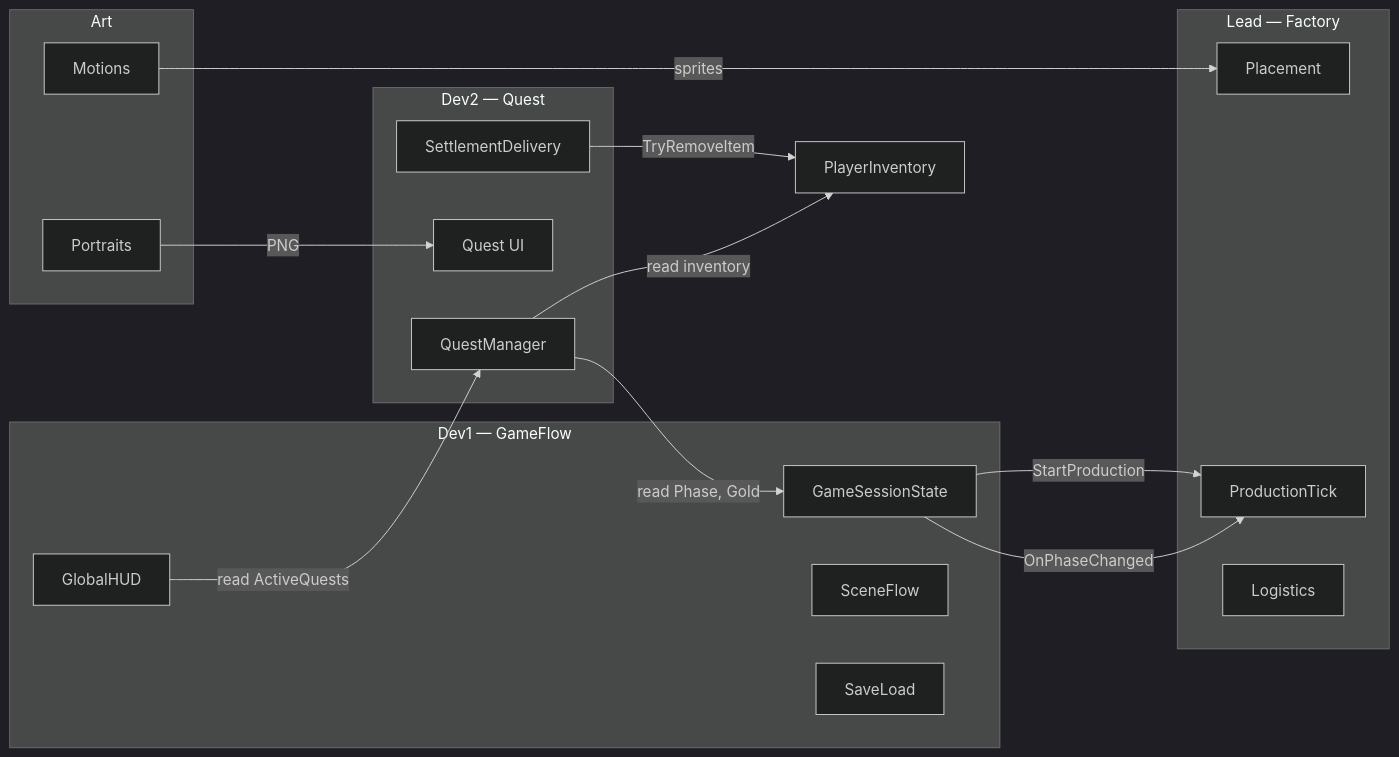
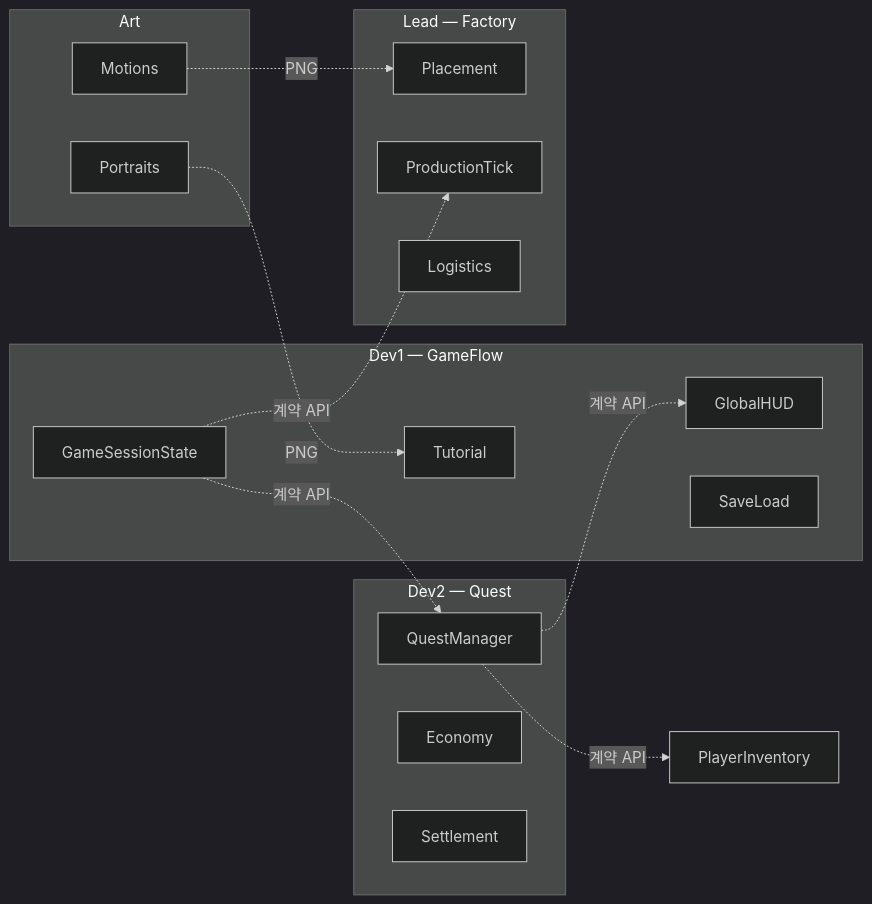
The first of 5 diagrams in Docs/dev-plan/parallel-roadmap.md (BARIbrother/DungeonFront), drawn with Mermaid (dark theme) before and after one commit. The commit also changed other lines of this file and 82 other files, not shown here.

````diff
--- a/Docs/dev-plan/parallel-roadmap.md
+++ b/Docs/dev-plan/parallel-roadmap.md
@@ -35,35 +19,33 @@
 ```mermaid
 flowchart LR
     subgraph Dev1["Dev1 — GameFlow"]
         GSS[GameSessionState]
         HUD[GlobalHUD]
-        SCN[SceneFlow]
         SAV[SaveLoad]
+        TUT[Tutorial]
     end
 
     subgraph Dev2["Dev2 — Quest"]
         QM[QuestManager]
-        QUI[Quest UI]
-        SET[SettlementDelivery]
+        ECO[Economy]
+        SET[Settlement]
     end
 
     subgraph Lead["Lead — Factory"]
         PLC[Placement]
         PTK[ProductionTick]
         LOG[Logistics]
     end
 
     subgraph Art["Art"]
         PRT[Portraits]
         MOT[Motions]
     end
 
-    GSS -->|OnPhaseChanged| PTK
-    GSS -->|StartProduction| PTK
-    HUD -->|read ActiveQuests| QM
-    QM -->|read Phase, Gold| GSS
-    QM -->|read inventory| INV[PlayerInventory]
-    SET -->|TryRemoveItem| INV
-    MOT -->|sprites| PLC
-    PRT -->|PNG| QUI
+    GSS -.->|계약 API| PTK
+    GSS -.->|계약 API| QM
+    QM -.->|계약 API| HUD
+    QM -.->|계약 API| INV[PlayerInventory]
+    MOT -.->|PNG| PLC
+    PRT -.->|PNG| TUT
 ```
````
